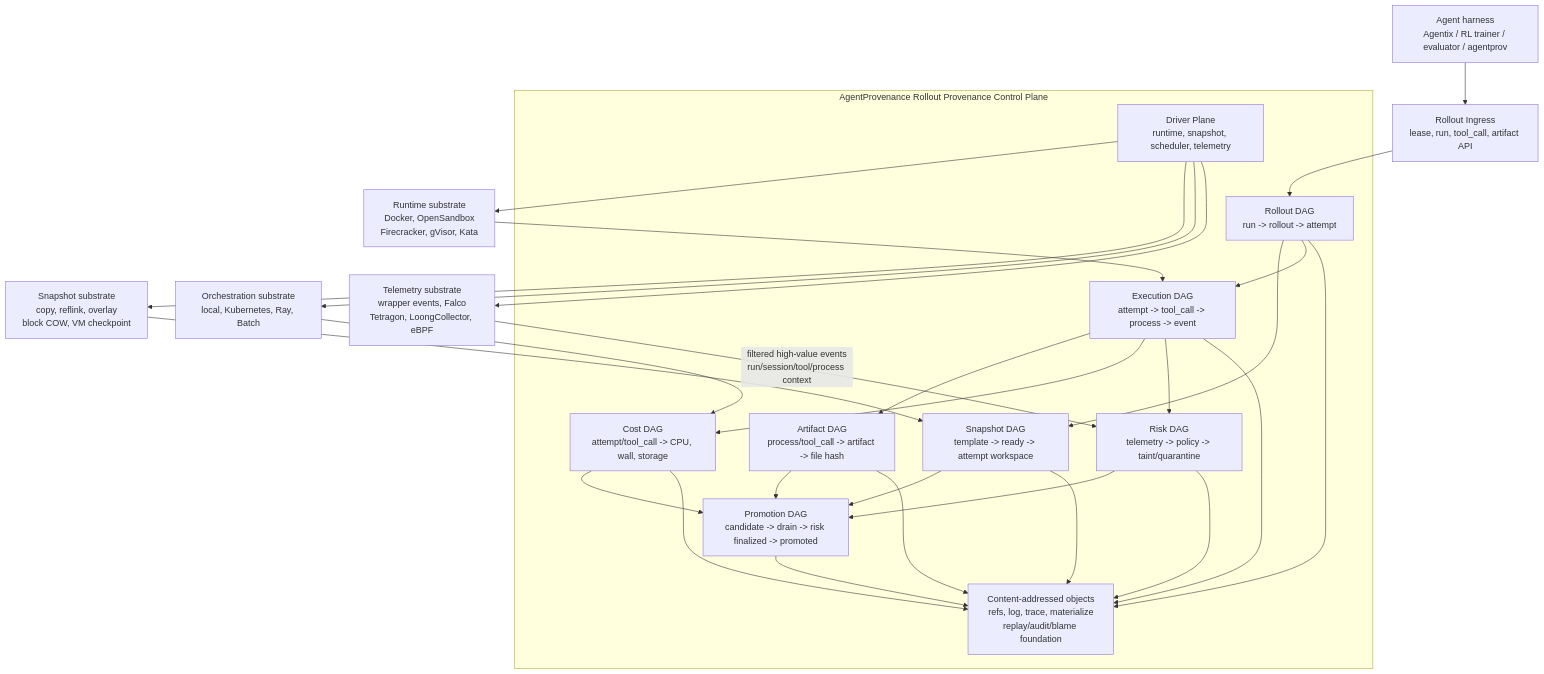
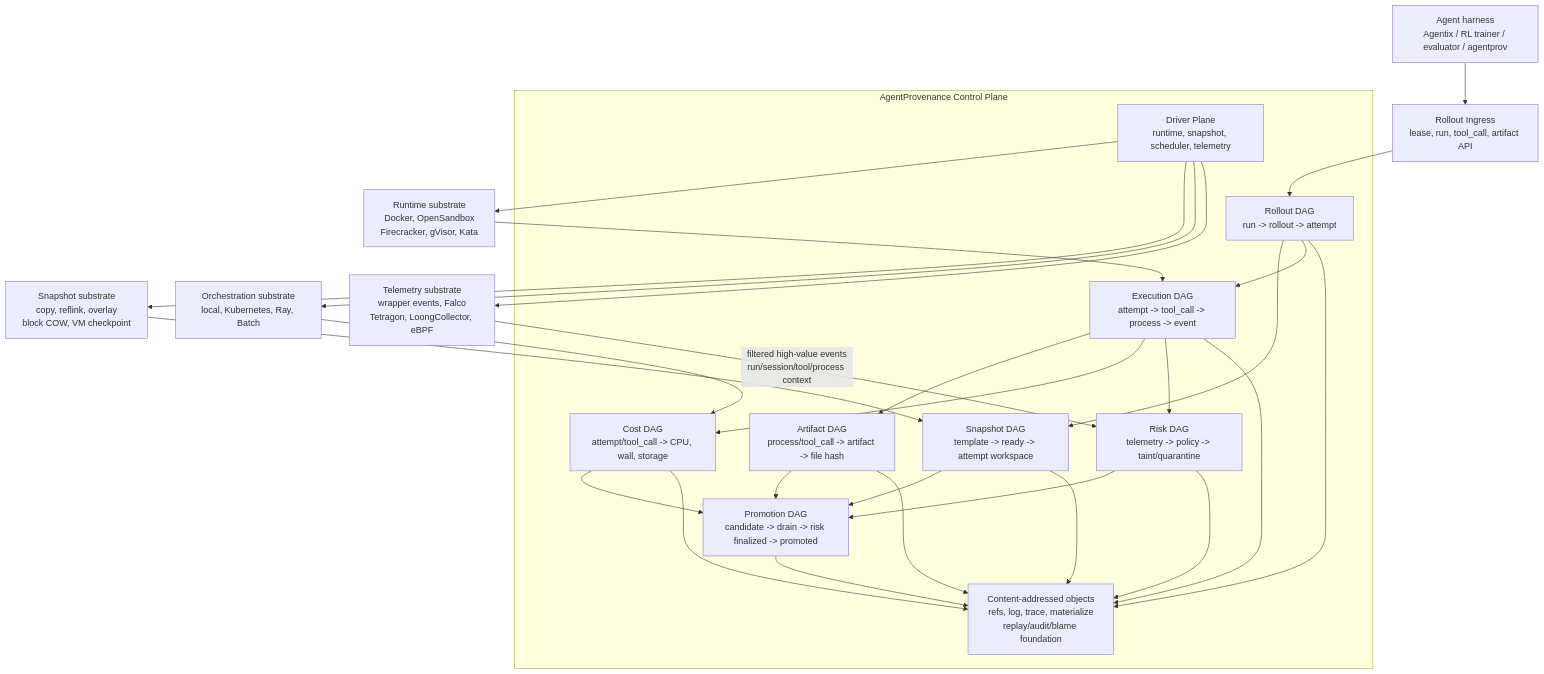
Before and after one commit to ByteYellow/AgentProvenance: the diagram in README.md, drawn with Mermaid. The commit also changed other lines of this file and 1 other file, not shown here.

````diff
--- a/README.md
+++ b/README.md
@@ -315,44 +317,44 @@
 ```mermaid
 flowchart TB
     Client["Agent harness\nAgentix / RL trainer / evaluator / agentprov"] --> Ingress["Rollout Ingress\nlease, run, tool_call, artifact API"]
 
-    subgraph ACFPlane["AgentProvenance Rollout Provenance Control Plane"]
+    subgraph ACFPlane["AgentProvenance Control Plane"]
         Rollout["Rollout DAG\nrun -> rollout -> attempt"]
         State["Snapshot DAG\ntemplate -> ready -> attempt workspace"]
         Exec["Execution DAG\nattempt -> tool_call -> process -> event"]
         Artifact["Artifact DAG\nprocess/tool_call -> artifact -> file hash"]
         Cost["Cost DAG\nattempt/tool_call -> CPU, wall, storage"]
         Risk["Risk DAG\ntelemetry -> policy -> taint/quarantine"]
         Promotion["Promotion DAG\ncandidate -> drain -> risk finalized -> promoted"]
         Objects["Content-addressed objects\nrefs, log, trace, materialize\nreplay/audit/blame foundation"]
         Driver["Driver Plane\nruntime, snapshot, scheduler, telemetry"]
     end
 
     Ingress --> Rollout
     Rollout --> State
     Rollout --> Exec
     Exec --> Artifact
     Exec --> Cost
     Exec --> Risk
     Risk --> Promotion
     Cost --> Promotion
     Artifact --> Promotion
     State --> Promotion
     Promotion --> Objects
     Rollout --> Objects
     State --> Objects
     Exec --> Objects
     Artifact --> Objects
     Cost --> Objects
     Risk --> Objects
 
     Driver --> Runtime["Runtime substrate\nDocker, OpenSandbox\nFirecracker, gVisor, Kata"]
     Driver --> Snapshot["Snapshot substrate\ncopy, reflink, overlay\nblock COW, VM checkpoint"]
     Driver --> Orchestrator["Orchestration substrate\nlocal, Kubernetes, Ray, Batch"]
     Driver --> Telemetry["Telemetry substrate\nwrapper events, Falco\nTetragon, LoongCollector, eBPF"]
 
     Runtime --> Exec
     Snapshot --> State
     Orchestrator --> Cost
     Telemetry -->|"filtered high-value events\nrun/session/tool/process context"| Risk
 ```
````
